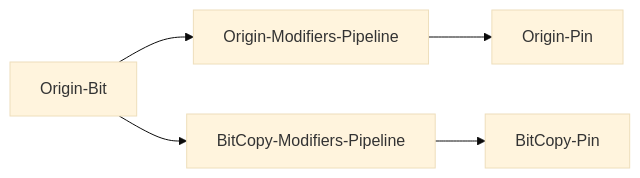
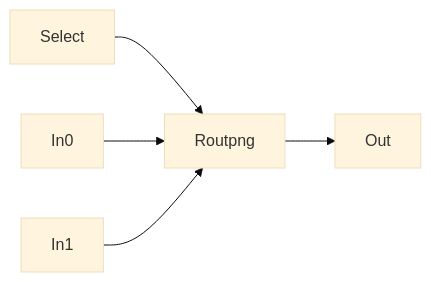
One commit to multigcs/riocore changed the diagram in riocore/plugins/pinroute/README.md. Above: the diagram before and after it, drawn with Mermaid (base theme). The commit also changed other lines of this file and 6 other files, not shown here.

````diff
--- a/riocore/plugins/pinroute/README.md
+++ b/riocore/plugins/pinroute/README.md
@@ -16,5 +7,7 @@
 ```mermaid
 graph LR;
-    Origin-Bit-->Origin-Modifiers-Pipeline-->Origin-Pin;
-    Origin-Bit-->BitCopy-Modifiers-Pipeline-->BitCopy-Pin;
+    Select-->Routpng;
+    In0-->Routpng;
+    In1-->Routpng;
+    Routpng-->Out;
 ```
````
